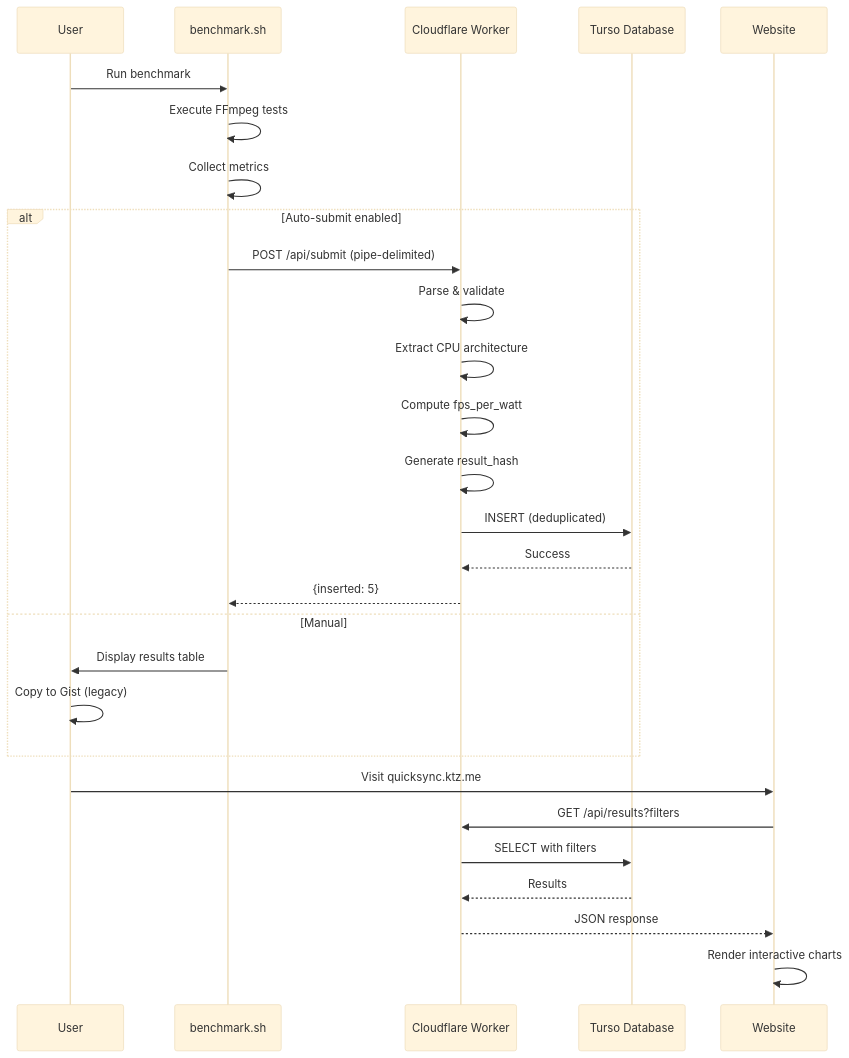
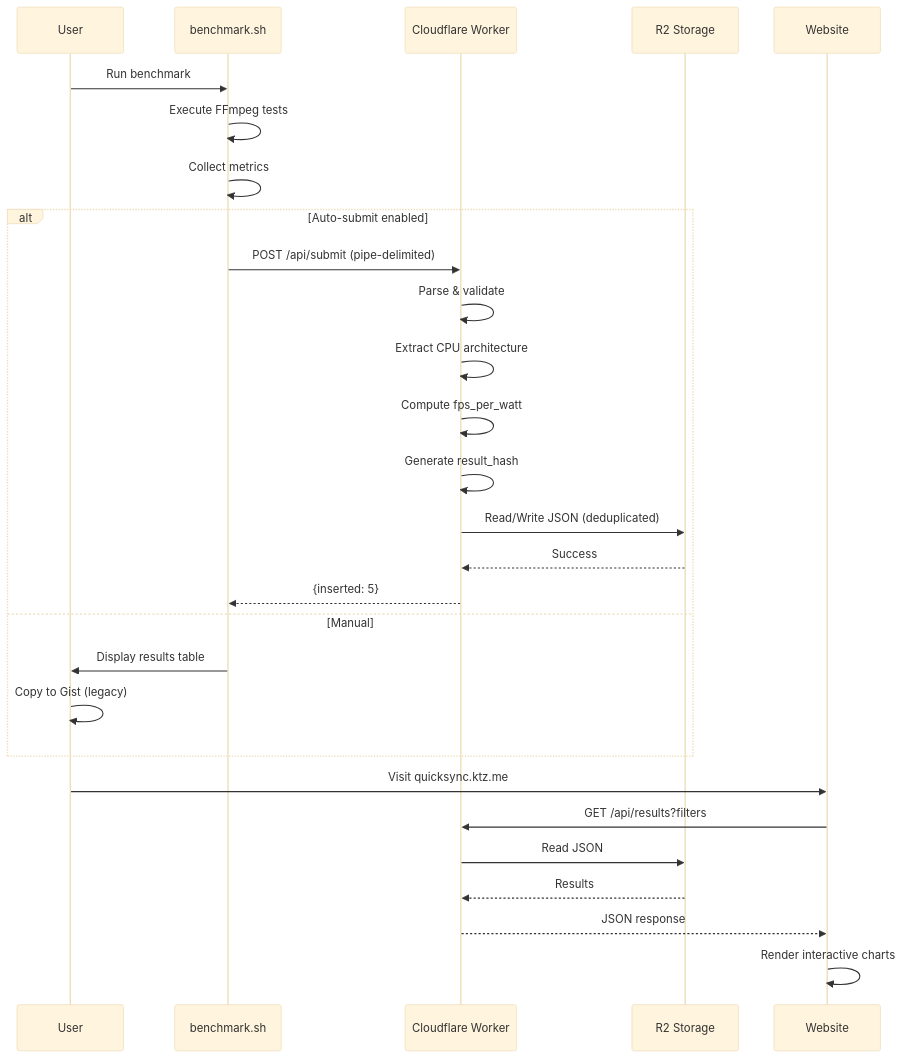
Before and after one commit to ironicbadger/quicksync_calc: the third of 7 diagrams in CLAUDE.md, drawn with Mermaid (base theme). The commit also changed other lines of this file and 36 other files, not shown here.

````diff
--- a/CLAUDE.md
+++ b/CLAUDE.md
@@ -158,33 +113,33 @@
 ```mermaid
 sequenceDiagram
     participant User
     participant Script as benchmark.sh
     participant API as Cloudflare Worker
-    participant DB as Turso Database
+    participant R2 as R2 Storage
     participant Web as Website
 
     User->>Script: Run benchmark
     Script->>Script: Execute FFmpeg tests
     Script->>Script: Collect metrics
 
     alt Auto-submit enabled
         Script->>API: POST /api/submit (pipe-delimited)
         API->>API: Parse & validate
         API->>API: Extract CPU architecture
         API->>API: Compute fps_per_watt
         API->>API: Generate result_hash
-        API->>DB: INSERT (deduplicated)
-        DB-->>API: Success
+        API->>R2: Read/Write JSON (deduplicated)
+        R2-->>API: Success
         API-->>Script: {inserted: 5}
     else Manual
         Script->>User: Display results table
         User->>User: Copy to Gist (legacy)
     end
 
     User->>Web: Visit quicksync.ktz.me
     Web->>API: GET /api/results?filters
-    API->>DB: SELECT with filters
-    DB-->>API: Results
+    API->>R2: Read JSON
+    R2-->>API: Results
     API-->>Web: JSON response
     Web->>Web: Render interactive charts
 ```
````
